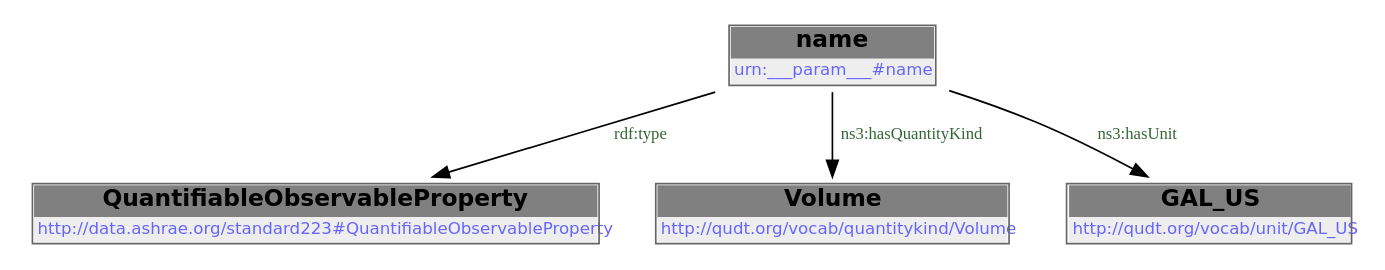
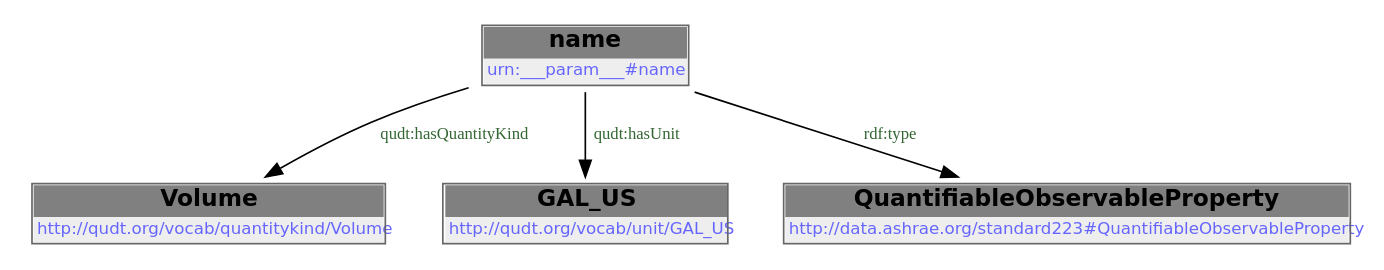
The diagram in docs/libraries/templates/volume.rst (DataDrivenCPS/water-ontology), drawn with Graphviz before and after one commit. The commit also changed other lines of this file and 83 other files, not shown here.

```diff
--- a/docs/libraries/templates/volume.rst
+++ b/docs/libraries/templates/volume.rst
@@ -59,12 +53,16 @@
-        .. graphviz::
+.. graphviz::
 
-                digraph G {
-            node [fontname="DejaVu Sans"];
-            node0 -> node1 [color=BLACK, label=< <font point-size='10' color='#336633'>rdf:type</font> >];
-            node0 -> node2 [color=BLACK, label=< <font point-size='10' color='#336633'>ns3:hasQuantityKind</font> >];
-            node0 -> node3 [color=BLACK, label=< <font point-size='10' color='#336633'>ns3:hasUnit</font> >];
-            node0 [shape=none, color=black, label=< <table color='#666666' cellborder='0' cellspacing='0' border='1'><tr><td colspan='2' bgcolor='grey'><B>name</B></td></tr><tr><td href='urn:___param___#name' bgcolor='#eeeeee' colspan='2'><font point-size='10' color='#6666ff'>urn:___param___#name</font></td></tr></table> >];
-            node1 [shape=none, color=black, label=< <table color='#666666' cellborder='0' cellspacing='0' border='1'><tr><td colspan='2' bgcolor='grey'><B>QuantifiableObservableProperty</B></td></tr><tr><td href='http://data.ashrae.org/standard223#QuantifiableObservableProperty' bgcolor='#eeeeee' colspan='2'><font point-size='10' color='#6666ff'>http://data.ashrae.org/standard223#QuantifiableObservableProperty</font></td></tr></table> >];
-            node2 [shape=none, color=black, label=< <table color='#666666' cellborder='0' cellspacing='0' border='1'><tr><td colspan='2' bgcolor='grey'><B>Volume</B></td></tr><tr><td href='http://qudt.org/vocab/quantitykind/Volume' bgcolor='#eeeeee' colspan='2'><font point-size='10' color='#6666ff'>http://qudt.org/vocab/quantitykind/Volume</font></td></tr></table> >];
-            node3 [shape=none, color=black, label=< <table color='#666666' cellborder='0' cellspacing='0' border='1'><tr><td colspan='2' bgcolor='grey'><B>GAL_US</B></td></tr><tr><td href='http://qudt.org/vocab/unit/GAL_US' bgcolor='#eeeeee' colspan='2'><font point-size='10' color='#6666ff'>http://qudt.org/vocab/unit/GAL_US</font></td></tr></table> >];
-            }
+    digraph {
+     node [ fontname="DejaVu Sans" ] ;
+        node0 -> node1 [ color=BLACK, label=< <font point-size='10' color='#336633'>qudt:hasQuantityKind</font> > ] ;
+        node0 -> node2 [ color=BLACK, label=< <font point-size='10' color='#336633'>qudt:hasUnit</font> > ] ;
+        node0 -> node3 [ color=BLACK, label=< <font point-size='10' color='#336633'>rdf:type</font> > ] ;
+    # urn:___param___#name node0
+    node0 [ shape=none, color=black label=< <table color='#666666' cellborder='0' cellspacing='0' border='1'><tr><td colspan='2' bgcolor='grey'><B>name</B></td></tr><tr><td href='urn:___param___#name' bgcolor='#eeeeee' colspan='2'><font point-size='10' color='#6666ff'>urn:___param___#name</font></td></tr></table> > ]
+    # http://qudt.org/vocab/quantitykind/Volume node1
+    node1 [ shape=none, color=black label=< <table color='#666666' cellborder='0' cellspacing='0' border='1'><tr><td colspan='2' bgcolor='grey'><B>Volume</B></td></tr><tr><td href='http://qudt.org/vocab/quantitykind/Volume' bgcolor='#eeeeee' colspan='2'><font point-size='10' color='#6666ff'>http://qudt.org/vocab/quantitykind/Volume</font></td></tr></table> > ]
+    # http://qudt.org/vocab/unit/GAL_US node2
+    node2 [ shape=none, color=black label=< <table color='#666666' cellborder='0' cellspacing='0' border='1'><tr><td colspan='2' bgcolor='grey'><B>GAL_US</B></td></tr><tr><td href='http://qudt.org/vocab/unit/GAL_US' bgcolor='#eeeeee' colspan='2'><font point-size='10' color='#6666ff'>http://qudt.org/vocab/unit/GAL_US</font></td></tr></table> > ]
+    # http://data.ashrae.org/standard223#QuantifiableObservableProperty node3
+    node3 [ shape=none, color=black label=< <table color='#666666' cellborder='0' cellspacing='0' border='1'><tr><td colspan='2' bgcolor='grey'><B>QuantifiableObservableProperty</B></td></tr><tr><td href='http://data.ashrae.org/standard223#QuantifiableObservableProperty' bgcolor='#eeeeee' colspan='2'><font point-size='10' color='#6666ff'>http://data.ashrae.org/standard223#QuantifiableObservableProperty</font></td></tr></table> > ]
+    }
```
